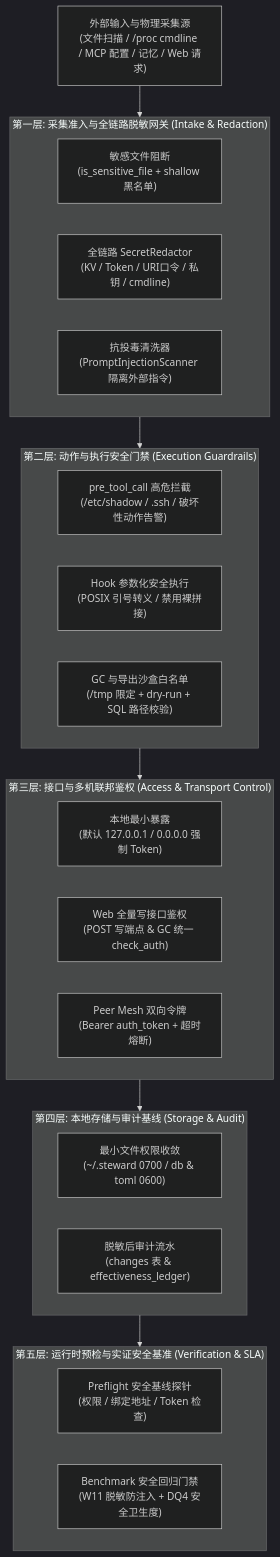
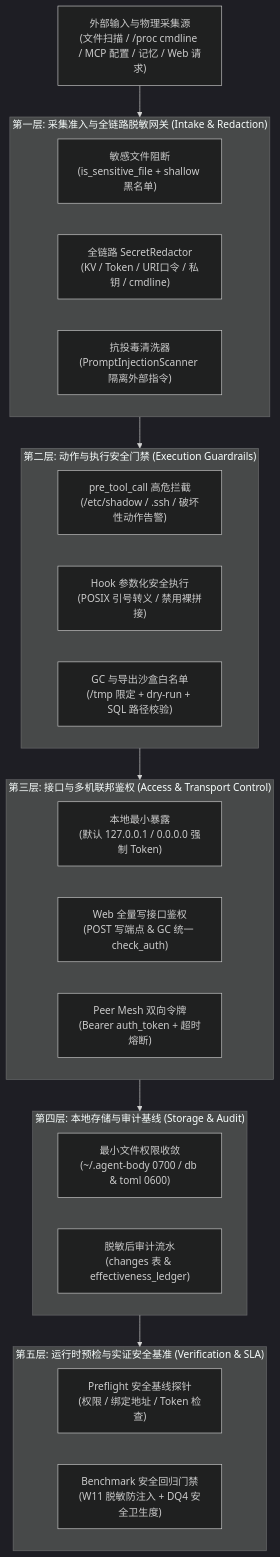
Before and after one commit to digoal/agent-body: the diagram in docs/design_doc/11-security-spec.md, drawn with Mermaid (dark theme). The commit also changed other lines of this file and 214 other files, not shown here.

Commit message:
refactor(naming): unify all legacy names to agent-body and Agent 本体 repo-wide

````diff
--- a/docs/design_doc/11-security-spec.md
+++ b/docs/design_doc/11-security-spec.md
@@ -46,40 +46,40 @@
 ```mermaid
 flowchart TD
     In["外部输入与物理采集源<br/>(文件扫描 / /proc cmdline / MCP 配置 / 记忆 / Web 请求)"] --> L1
 
     subgraph L1["第一层: 采集准入与全链路脱敏网关 (Intake & Redaction)"]
         L1A["敏感文件阻断<br/>(is_sensitive_file + shallow 黑名单)"]
         L1B["全链路 SecretRedactor<br/>(KV / Token / URI口令 / 私钥 / cmdline)"]
         L1C["抗投毒清洗器<br/>(PromptInjectionScanner 隔离外部指令)"]
     end
 
     L1 --> L2
 
     subgraph L2["第二层: 动作与执行安全门禁 (Execution Guardrails)"]
         L2A["pre_tool_call 高危拦截<br/>(/etc/shadow / .ssh / 破坏性动作告警)"]
         L2B["Hook 参数化安全执行<br/>(POSIX 引号转义 / 禁用裸拼接)"]
         L2C["GC 与导出沙盒白名单<br/>(/tmp 限定 + dry-run + SQL 路径校验)"]
     end
 
     L2 --> L3
 
     subgraph L3["第三层: 接口与多机联邦鉴权 (Access & Transport Control)"]
         L3A["本地最小暴露<br/>(默认 127.0.0.1 / 0.0.0.0 强制 Token)"]
         L3B["Web 全量写接口鉴权<br/>(POST 写端点 & GC 统一 check_auth)"]
         L3C["Peer Mesh 双向令牌<br/>(Bearer auth_token + 超时熔断)"]
     end
 
     L3 --> L4
 
     subgraph L4["第四层: 本地存储与审计基线 (Storage & Audit)"]
-        L4A["最小文件权限收敛<br/>(~/.steward 0700 / db & toml 0600)"]
+        L4A["最小文件权限收敛<br/>(~/.agent-body 0700 / db & toml 0600)"]
         L4B["脱敏后审计流水<br/>(changes 表 & effectiveness_ledger)"]
     end
 
     L4 --> L5
 
     subgraph L5["第五层: 运行时预检与实证安全基准 (Verification & SLA)"]
         L5A["Preflight 安全基线探针<br/>(权限 / 绑定地址 / Token 检查)"]
         L5B["Benchmark 安全回归门禁<br/>(W11 脱敏防注入 + DQ4 安全卫生度)"]
     end
 ```
````
